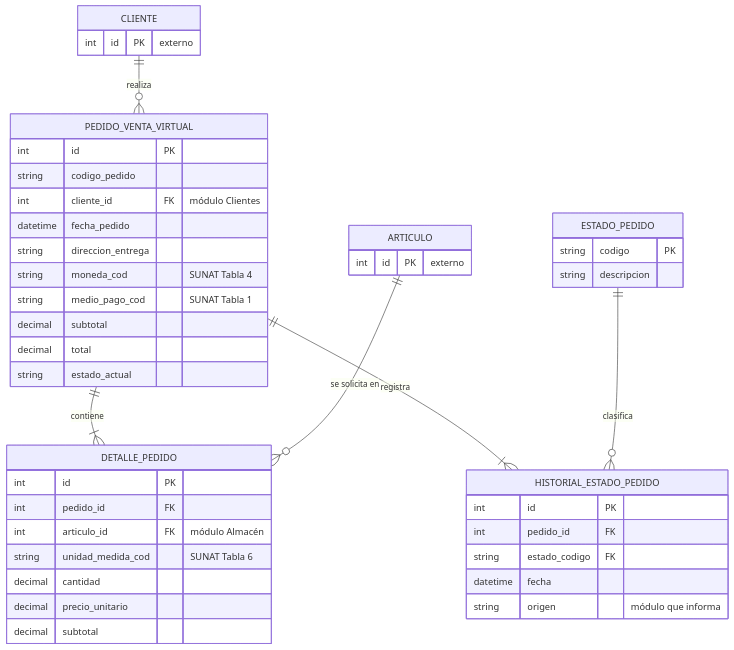
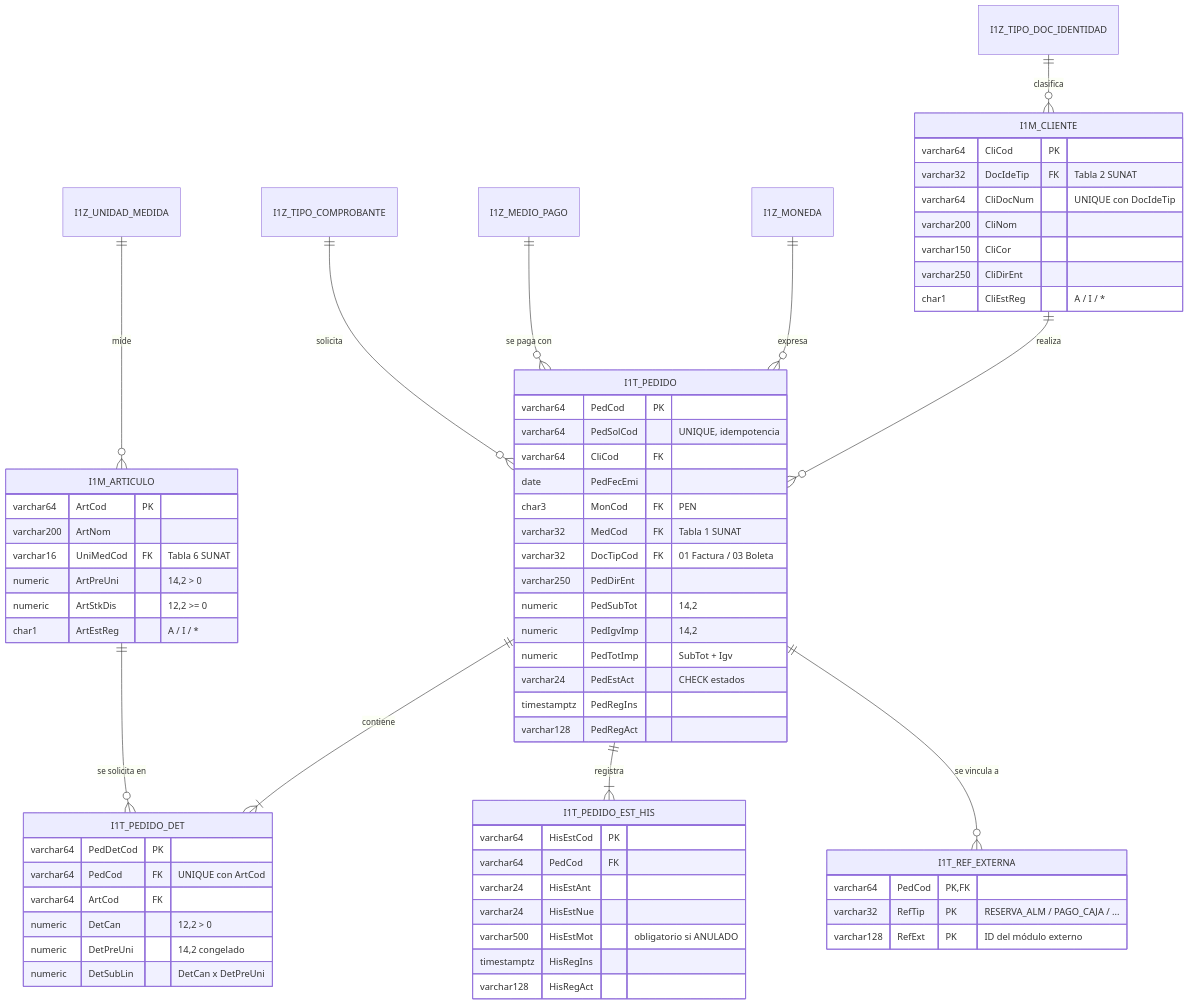
The fifth of 5 diagrams in docs/arquitectura.md (unsa-fsi-2026b-ventas-virtuales/ventas-virtuales), drawn with Mermaid before and after one commit. The commit also changed other lines of this file and 1 other file, not shown here.

Commit message:
docs(arquitectura): actualizar modelo y estados según diccionario de datos

````diff
--- a/docs/arquitectura.md
+++ b/docs/arquitectura.md
@@ -123,47 +130,69 @@
 ```mermaid
 erDiagram
-    PEDIDO_VENTA_VIRTUAL ||--|{ DETALLE_PEDIDO : contiene
-    PEDIDO_VENTA_VIRTUAL ||--|{ HISTORIAL_ESTADO_PEDIDO : registra
-    ESTADO_PEDIDO ||--o{ HISTORIAL_ESTADO_PEDIDO : clasifica
-    CLIENTE ||--o{ PEDIDO_VENTA_VIRTUAL : realiza
-    ARTICULO ||--o{ DETALLE_PEDIDO : "se solicita en"
+    I1Z_TIPO_DOC_IDENTIDAD ||--o{ I1M_CLIENTE : clasifica
+    I1Z_UNIDAD_MEDIDA ||--o{ I1M_ARTICULO : mide
+    I1M_CLIENTE ||--o{ I1T_PEDIDO : realiza
+    I1Z_MONEDA ||--o{ I1T_PEDIDO : expresa
+    I1Z_MEDIO_PAGO ||--o{ I1T_PEDIDO : "se paga con"
+    I1Z_TIPO_COMPROBANTE ||--o{ I1T_PEDIDO : solicita
+    I1T_PEDIDO ||--|{ I1T_PEDIDO_DET : contiene
+    I1M_ARTICULO ||--o{ I1T_PEDIDO_DET : "se solicita en"
+    I1T_PEDIDO ||--|{ I1T_PEDIDO_EST_HIS : registra
+    I1T_PEDIDO ||--o{ I1T_REF_EXTERNA : "se vincula a"
 
-    PEDIDO_VENTA_VIRTUAL {
-        int id PK
-        string codigo_pedido
-        int cliente_id FK "módulo Clientes"
-        datetime fecha_pedido
-        string direccion_entrega
-        string moneda_cod "SUNAT Tabla 4"
-        string medio_pago_cod "SUNAT Tabla 1"
-        decimal subtotal
-        decimal total
-        string estado_actual
+    I1M_CLIENTE {
+        varchar64 CliCod PK
+        varchar32 DocIdeTip FK "Tabla 2 SUNAT"
+        varchar64 CliDocNum "UNIQUE con DocIdeTip"
+        varchar200 CliNom
+        varchar150 CliCor
+        varchar250 CliDirEnt
+        char1 CliEstReg "A / I / *"
     }
-    DETALLE_PEDIDO {
-        int id PK
-        int pedido_id FK
-        int articulo_id FK "módulo Almacén"
-        string unidad_medida_cod "SUNAT Tabla 6"
-        decimal cantidad
-        decimal precio_unitario
-        decimal subtotal
+    I1M_ARTICULO {
+        varchar64 ArtCod PK
+        varchar200 ArtNom
+        varchar16 UniMedCod FK "Tabla 6 SUNAT"
+        numeric ArtPreUni "14,2 > 0"
+        numeric ArtStkDis "12,2 >= 0"
+        char1 ArtEstReg "A / I / *"
     }
-    ESTADO_PEDIDO {
-        string codigo PK
-        string descripcion
+    I1T_PEDIDO {
+        varchar64 PedCod PK
+        varchar64 PedSolCod "UNIQUE, idempotencia"
+        varchar64 CliCod FK
+        date PedFecEmi
+        char3 MonCod FK "PEN"
+        varchar32 MedCod FK "Tabla 1 SUNAT"
+        varchar32 DocTipCod FK "01 Factura / 03 Boleta"
+        varchar250 PedDirEnt
+        numeric PedSubTot "14,2"
+        numeric PedIgvImp "14,2"
+        numeric PedTotImp "SubTot + Igv"
+        varchar24 PedEstAct "CHECK estados"
+        timestamptz PedRegIns
+        varchar128 PedRegAct
     }
-    HISTORIAL_ESTADO_PEDIDO {
-        int id PK
-        int pedido_id FK
-        string estado_codigo FK
-        datetime fecha
-        string origen "módulo que informa"
+    I1T_PEDIDO_DET {
+        varchar64 PedDetCod PK
+        varchar64 PedCod FK "UNIQUE con ArtCod"
+        varchar64 ArtCod FK
+        numeric DetCan "12,2 > 0"
+        numeric DetPreUni "14,2 congelado"
+        numeric DetSubLin "DetCan x DetPreUni"
     }
-    CLIENTE {
-        int id PK "externo"
+    I1T_PEDIDO_EST_HIS {
+        varchar64 HisEstCod PK
+        varchar64 PedCod FK
+        varchar24 HisEstAnt
+        varchar24 HisEstNue
+        varchar500 HisEstMot "obligatorio si ANULADO"
+        timestamptz HisRegIns
+        varchar128 HisRegAct
     }
-    ARTICULO {
-        int id PK "externo"
+    I1T_REF_EXTERNA {
+        varchar64 PedCod PK,FK
+        varchar32 RefTip PK "RESERVA_ALM / PAGO_CAJA / ..."
+        varchar128 RefExt PK "ID del módulo externo"
     }
 ```
````
